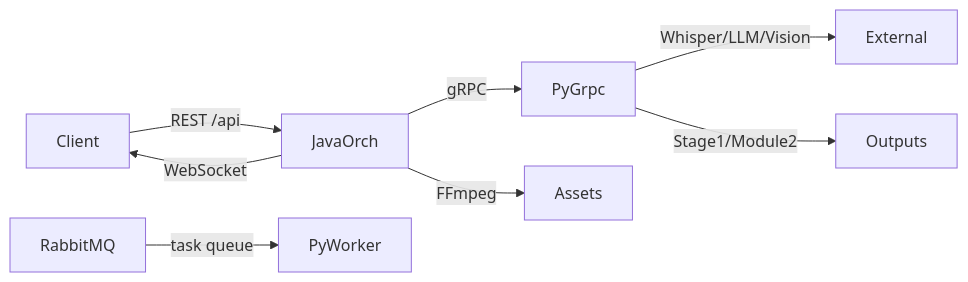
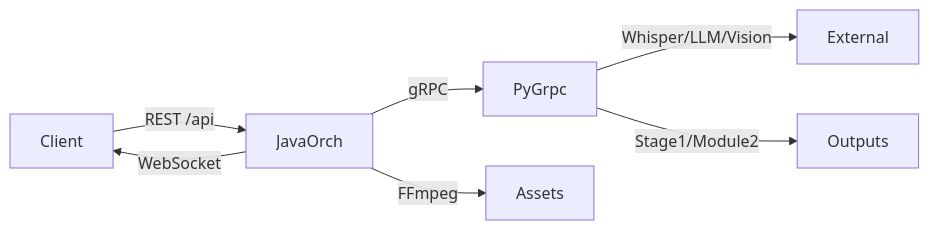
Before and after one commit to Hongxux/videoToMarkdown2: the diagram in docs/architecture/overview.md, drawn with Mermaid. The commit also changed other lines of this file and 1192 other files, not shown here.

````diff
--- a/docs/architecture/overview.md
+++ b/docs/architecture/overview.md
@@ -19,11 +17,9 @@
 ```mermaid
 flowchart LR
     Client -->|REST /api| JavaOrch
     JavaOrch -->|gRPC| PyGrpc
     PyGrpc -->|Whisper/LLM/Vision| External
     JavaOrch -->|FFmpeg| Assets
     PyGrpc -->|Stage1/Module2| Outputs
     JavaOrch -->|WebSocket| Client
-
-    RabbitMQ -->|task queue| PyWorker
 ```
````
